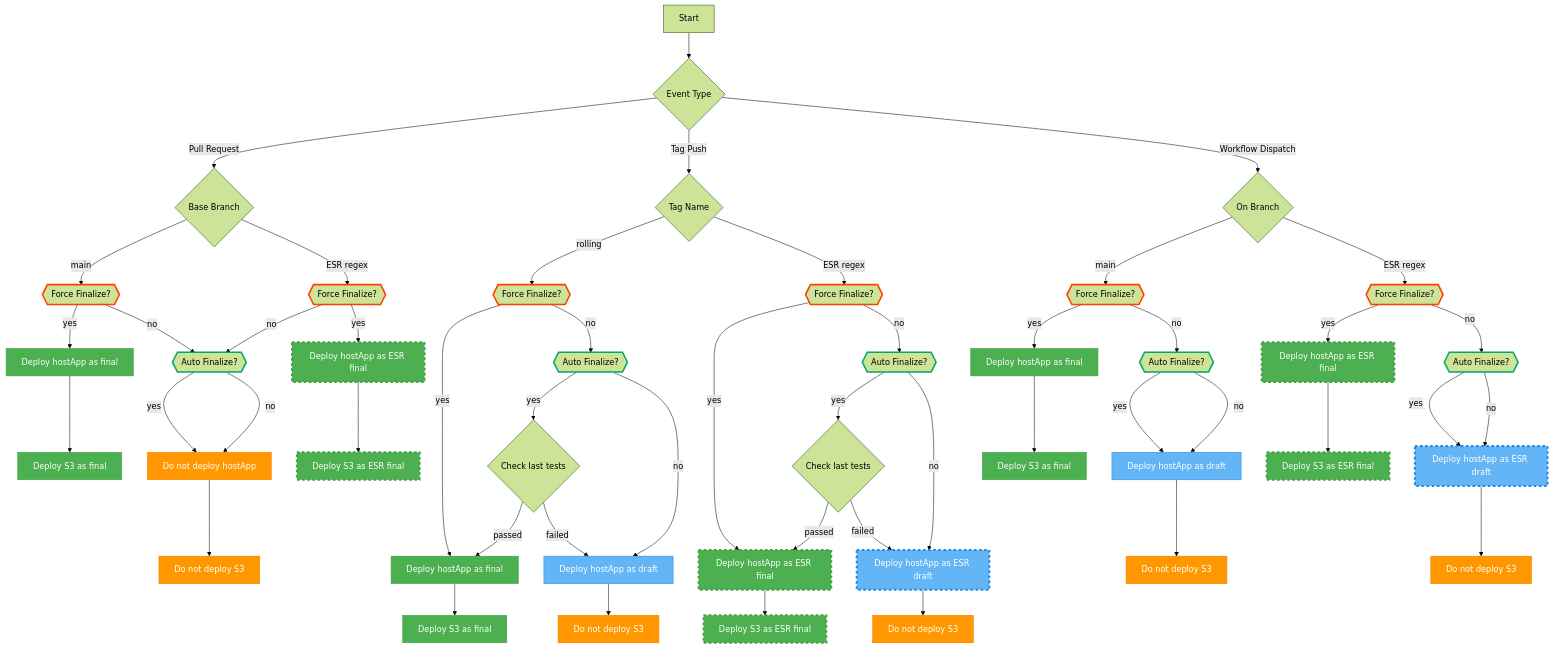
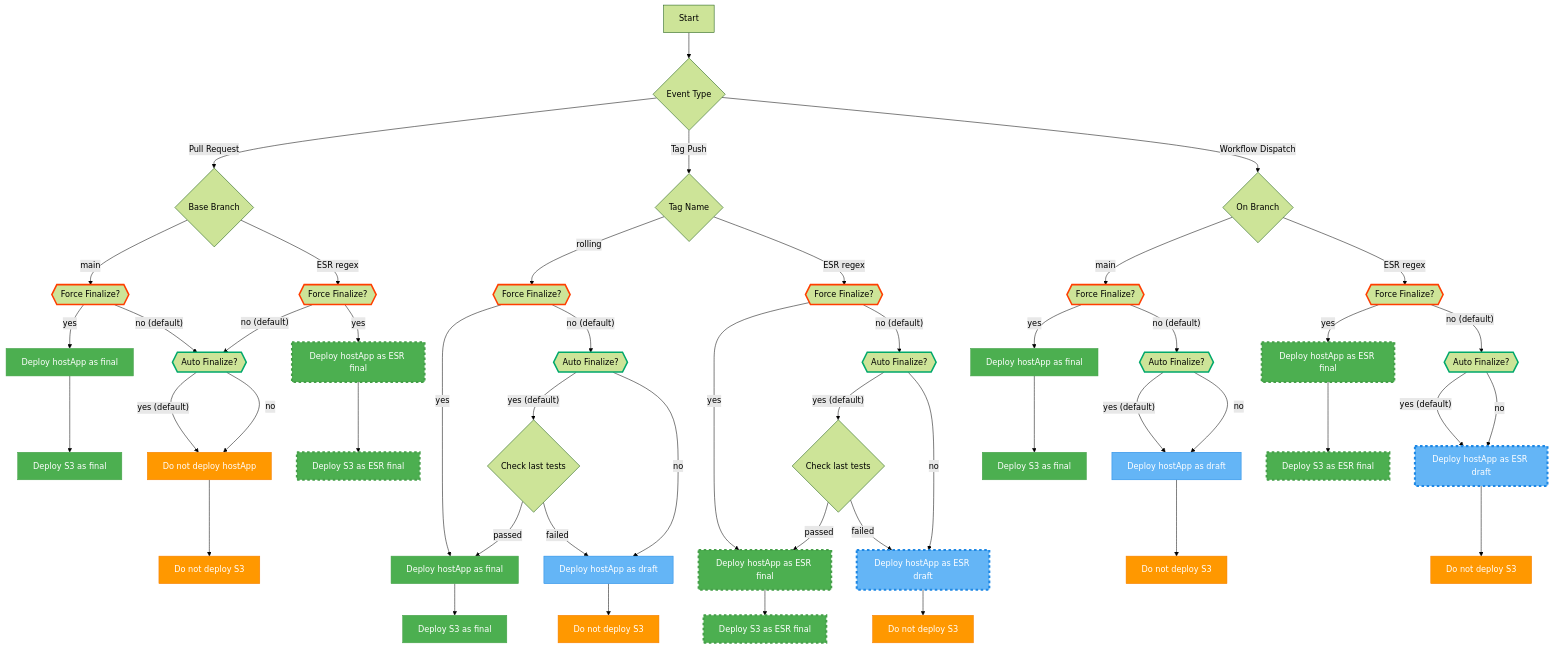
Before and after one commit to balena-os/balena-yocto-scripts: the diagram in .github/workflows/README.md, drawn with Mermaid (forest theme). The commit also changed other lines of this file, not shown here.

Commit message:
Add default inputs to flowchart

```diff
--- a/.github/workflows/README.md
+++ b/.github/workflows/README.md
@@ -51,15 +43,15 @@
     PullRequest -->|ESR regex| ForceFinalize-6{{Force Finalize?}}
 
     ForceFinalize-5 --> |yes| DeployFinalHostapp-3[Deploy hostApp as final]
-    ForceFinalize-5 --> |no| AutoFinalize-5{{Auto Finalize?}}
+    ForceFinalize-5 --> |"no (default)"| AutoFinalize-5{{Auto Finalize?}}
 
-    ForceFinalize-6 --> |no| AutoFinalize-5{{Auto Finalize?}}
+    ForceFinalize-6 --> |"no (default)"| AutoFinalize-5{{Auto Finalize?}}
     ForceFinalize-6 --> |yes| DeployFinalESRHostapp-4[Deploy hostApp as ESR final]
 
     DeployFinalHostapp-3 --> DeployFinalS3-3[Deploy S3 as final]
     DeployFinalESRHostapp-4 --> DeployFinalS3-4[Deploy S3 as ESR final]
 
-    AutoFinalize-5 --> |yes| DoNotDeployHostapp[Do not deploy hostApp]
+    AutoFinalize-5 --> |"yes (default)"| DoNotDeployHostapp[Do not deploy hostApp]
     AutoFinalize-5 --> |no| DoNotDeployHostapp
     
     DoNotDeployHostapp --> DoNotDeployS3-1[Do not deploy S3]
@@ -68,9 +60,9 @@
     TagPush -->|ESR regex| ForceFinalize-2{{Force Finalize?}}
 
     ForceFinalize-1 -->|yes| DeployFinalHostapp-1[Deploy hostApp as final]
-    ForceFinalize-1 -->|no| AutoFinalize-1{{Auto Finalize?}}
+    ForceFinalize-1 -->|"no (default)"| AutoFinalize-1{{Auto Finalize?}}
 
-    AutoFinalize-1 -->|yes| TPRollingNoForceAuto{Check last tests}
+    AutoFinalize-1 -->|"yes (default)"| TPRollingNoForceAuto{Check last tests}
     AutoFinalize-1 -->|no| DeployDraftHostapp-1[Deploy hostApp as draft]
 
     TPRollingNoForceAuto -->|passed| DeployFinalHostapp-1
@@ -79,13 +71,13 @@
     DeployDraftHostapp-1 --> DoNotDeployS3-2[Do not deploy S3]
 
     ForceFinalize-2 -->|yes| DeployFinalESRHostapp[Deploy hostApp as ESR final]
-    ForceFinalize-2 -->|no| AutoFinalize-2{{Auto Finalize?}}
+    ForceFinalize-2 -->|"no (default)"| AutoFinalize-2{{Auto Finalize?}}
 
-    AutoFinalize-2 -->|yes| CheckTests1{Check last tests}
+    AutoFinalize-2 -->|"yes (default)"| CheckTests-1{Check last tests}
     AutoFinalize-2 -->|no| DeployDraftESRHostapp[Deploy hostApp as ESR draft]
 
-    CheckTests1 -->|passed| DeployFinalESRHostapp
-    CheckTests1 -->|failed| DeployDraftESRHostapp
+    CheckTests-1 -->|passed| DeployFinalESRHostapp
+    CheckTests-1 -->|failed| DeployDraftESRHostapp
     DeployFinalHostapp-1 --> DeployFinalS3-1[Deploy S3 as final]
 
     DeployDraftESRHostapp --> DoNotDeployS3-3[Do not deploy S3]
@@ -95,13 +87,13 @@
     WorkflowDispatch -->|ESR regex| ForceFinalize-4{{Force Finalize?}}
 
     ForceFinalize-3 -->|yes| DeployFinalHostapp-2[Deploy hostApp as final]
-    ForceFinalize-3 -->|no| AutoFinalize-3{{Auto Finalize?}}
-    AutoFinalize-3 -->|yes| DeployDraftHostapp-2[Deploy hostApp as draft]
+    ForceFinalize-3 -->|"no (default)"| AutoFinalize-3{{Auto Finalize?}}
+    AutoFinalize-3 -->|"yes (default)"| DeployDraftHostapp-2[Deploy hostApp as draft]
     AutoFinalize-3 -->|no| DeployDraftHostapp-2[Deploy hostApp as draft]
 
     ForceFinalize-4 -->|yes| DeployFinalESRHostapp-1[Deploy hostApp as ESR final]
-    ForceFinalize-4 -->|no| AutoFinalize-4{{Auto Finalize?}}
-    AutoFinalize-4 -->|yes| DeployDraftESRHostapp2[Deploy hostApp as ESR draft]
+    ForceFinalize-4 -->|"no (default)"| AutoFinalize-4{{Auto Finalize?}}
+    AutoFinalize-4 -->|"yes (default)"| DeployDraftESRHostapp2[Deploy hostApp as ESR draft]
     AutoFinalize-4 -->|no| DeployDraftESRHostapp2[Deploy hostApp as ESR draft]
 
     DeployFinalHostapp-2 --> DeployFinalS3-2[Deploy S3 as final]
```
